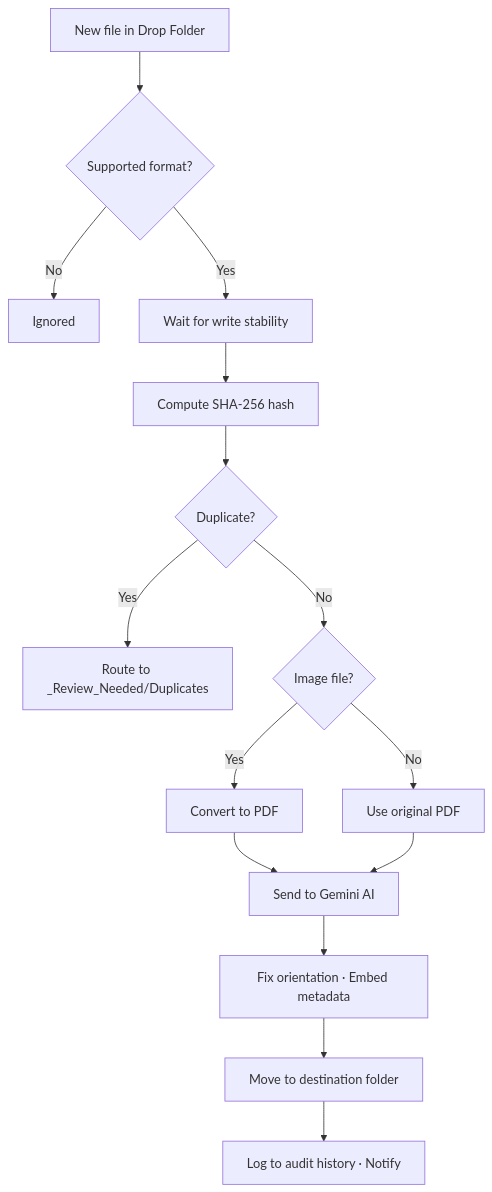
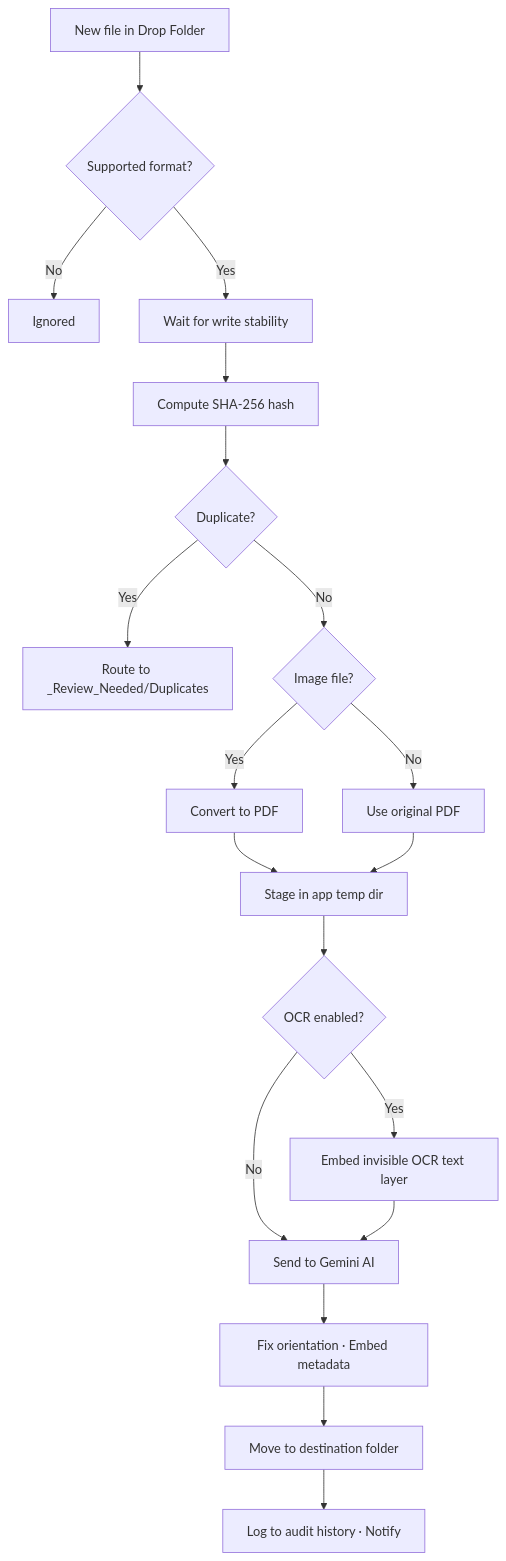
Before and after one commit to stephenwong/scansort: the second of 2 diagrams in README.md, drawn with Mermaid. The commit also changed other lines of this file and 37 other files, not shown here.

````diff
--- a/README.md
+++ b/README.md
@@ -88,17 +90,21 @@
 ```mermaid
 flowchart TD
     A["New file in Drop Folder"] --> B{"Supported format?"}
     B -- No --> C["Ignored"]
     B -- Yes --> D["Wait for write stability"]
     D --> E["Compute SHA-256 hash"]
     E --> F{"Duplicate?"}
     F -- Yes --> G["Route to _Review_Needed/Duplicates"]
     F -- No --> H{"Image file?"}
     H -- Yes --> I["Convert to PDF"]
     H -- No --> J["Use original PDF"]
-    I --> K["Send to Gemini AI"]
+    I --> K["Stage in app temp dir"]
     J --> K
-    K --> L["Fix orientation · Embed metadata"]
-    L --> M["Move to destination folder"]
-    M --> N["Log to audit history · Notify"]
+    K --> K2{"OCR enabled?"}
+    K2 -- Yes --> K3["Embed invisible OCR text layer"]
+    K2 -- No --> L
+    K3 --> L["Send to Gemini AI"]
+    L --> M["Fix orientation · Embed metadata"]
+    M --> N["Move to destination folder"]
+    N --> O["Log to audit history · Notify"]
 ```
````
